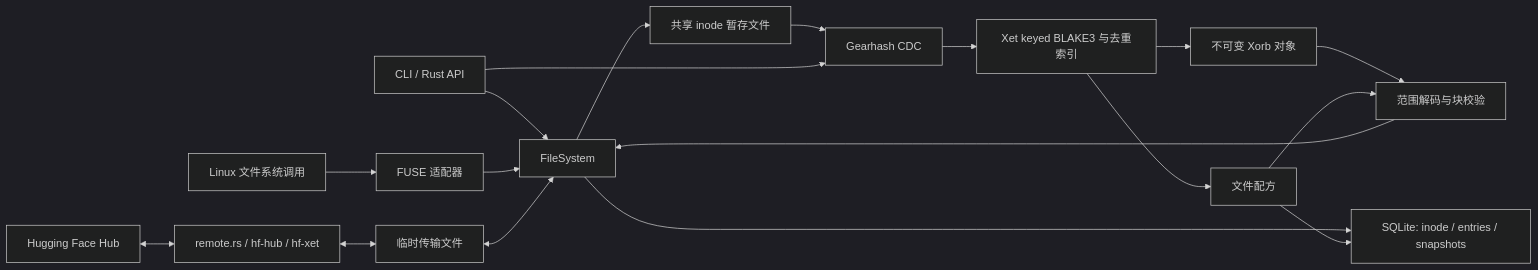
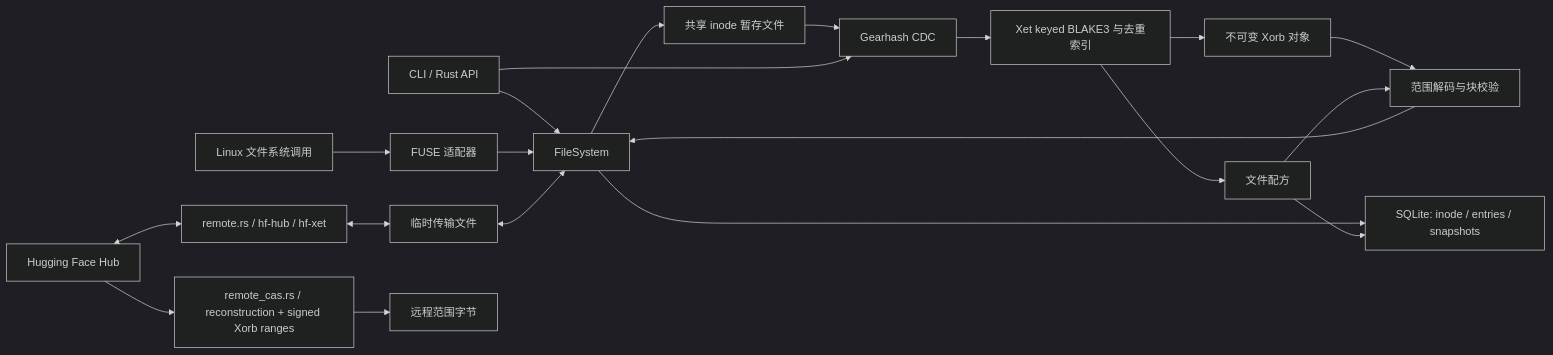
The diagram in ARCHITECTURE.md (trotsky1997/xetfs), drawn with Mermaid (dark theme) before and after one commit. The commit also changed other lines of this file and 16 other files, not shown here.

````diff
--- a/ARCHITECTURE.md
+++ b/ARCHITECTURE.md
@@ -7,20 +7,22 @@
 ```mermaid
 flowchart LR
   A[Linux 文件系统调用] --> B[FUSE 适配器]
   C[CLI / Rust API] --> D[FileSystem]
   B --> D
   D --> E[共享 inode 暂存文件]
   E --> F[Gearhash CDC]
   C --> F
   F --> G[Xet keyed BLAKE3 与去重索引]
   G --> H[不可变 Xorb 对象]
   G --> I[文件配方]
   D --> J[SQLite: inode / entries / snapshots]
   I --> J
   H --> K[范围解码与块校验]
   I --> K
   K --> D
   L[Hugging Face Hub] <--> M[remote.rs / hf-hub / hf-xet]
   M <--> N[临时传输文件]
   N <--> D
+  L --> O[remote_cas.rs / reconstruction + signed Xorb ranges]
+  O --> P[远程范围字节]
 ```
````
